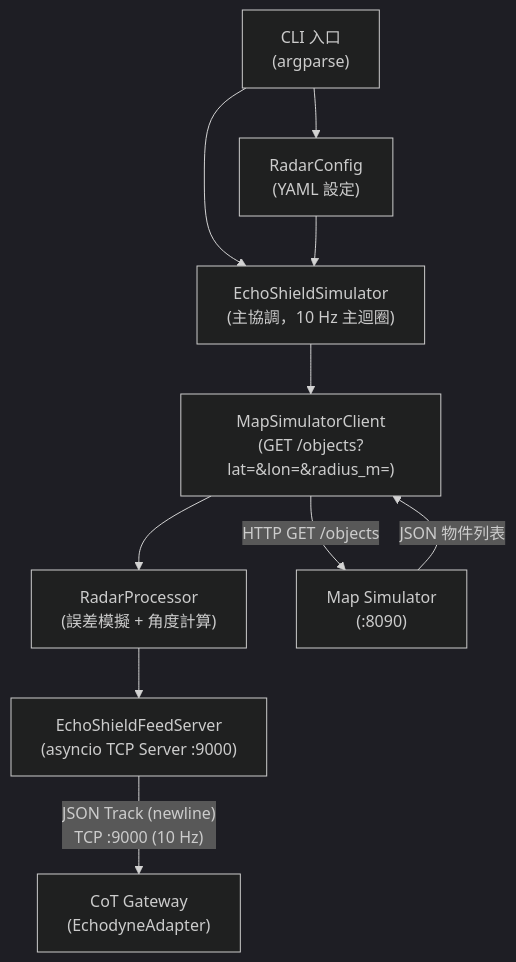
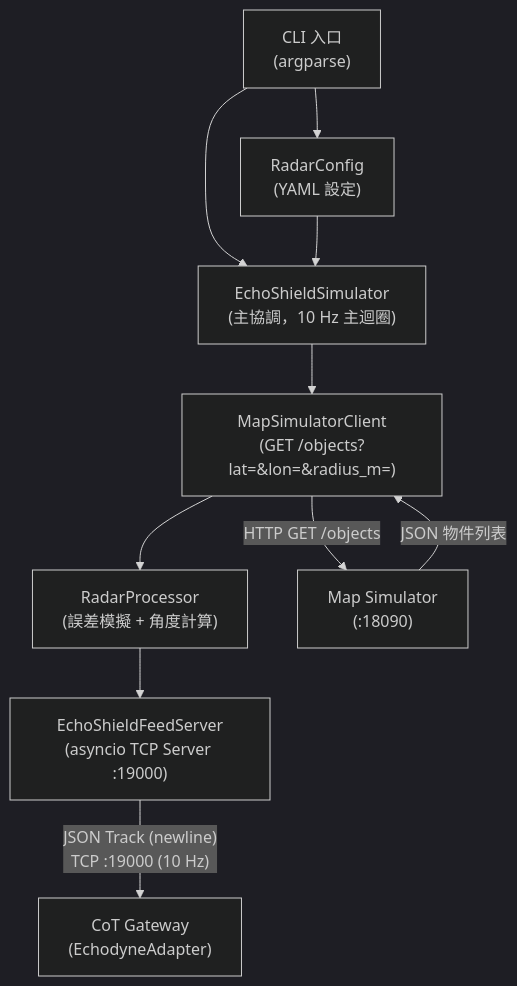
Before and after one commit to aplool-tw/cics-tak-demo: the diagram in docs/system-docs/04-echoshield-simulator-spec.md, drawn with Mermaid (dark theme). The commit also changed other lines of this file and 123 other files, not shown here.

````diff
--- a/docs/system-docs/04-echoshield-simulator-spec.md
+++ b/docs/system-docs/04-echoshield-simulator-spec.md
@@ -76,21 +76,21 @@
 ```mermaid
 flowchart TD
     CLI["CLI 入口\n(argparse)"]
     CFG["RadarConfig\n(YAML 設定)"]
     SIM["EchoShieldSimulator\n(主協調，10 Hz 主迴圈)"]
     MSC["MapSimulatorClient\n(GET /objects?lat=&lon=&radius_m=)"]
     RP["RadarProcessor\n(誤差模擬 + 角度計算)"]
-    FS["EchoShieldFeedServer\n(asyncio TCP Server :9000)"]
-    MS["Map Simulator\n(:8090)"]
+    FS["EchoShieldFeedServer\n(asyncio TCP Server :19000)"]
+    MS["Map Simulator\n(:18090)"]
     GW["CoT Gateway\n(EchodyneAdapter)"]
 
     CLI --> CFG
     CLI --> SIM
     CFG --> SIM
     SIM --> MSC
     MSC -->|"HTTP GET /objects"| MS
     MS -->|"JSON 物件列表"| MSC
     MSC --> RP
     RP --> FS
-    FS -->|"JSON Track (newline)\nTCP :9000 (10 Hz)"| GW
+    FS -->|"JSON Track (newline)\nTCP :19000 (10 Hz)"| GW
 ```
````
